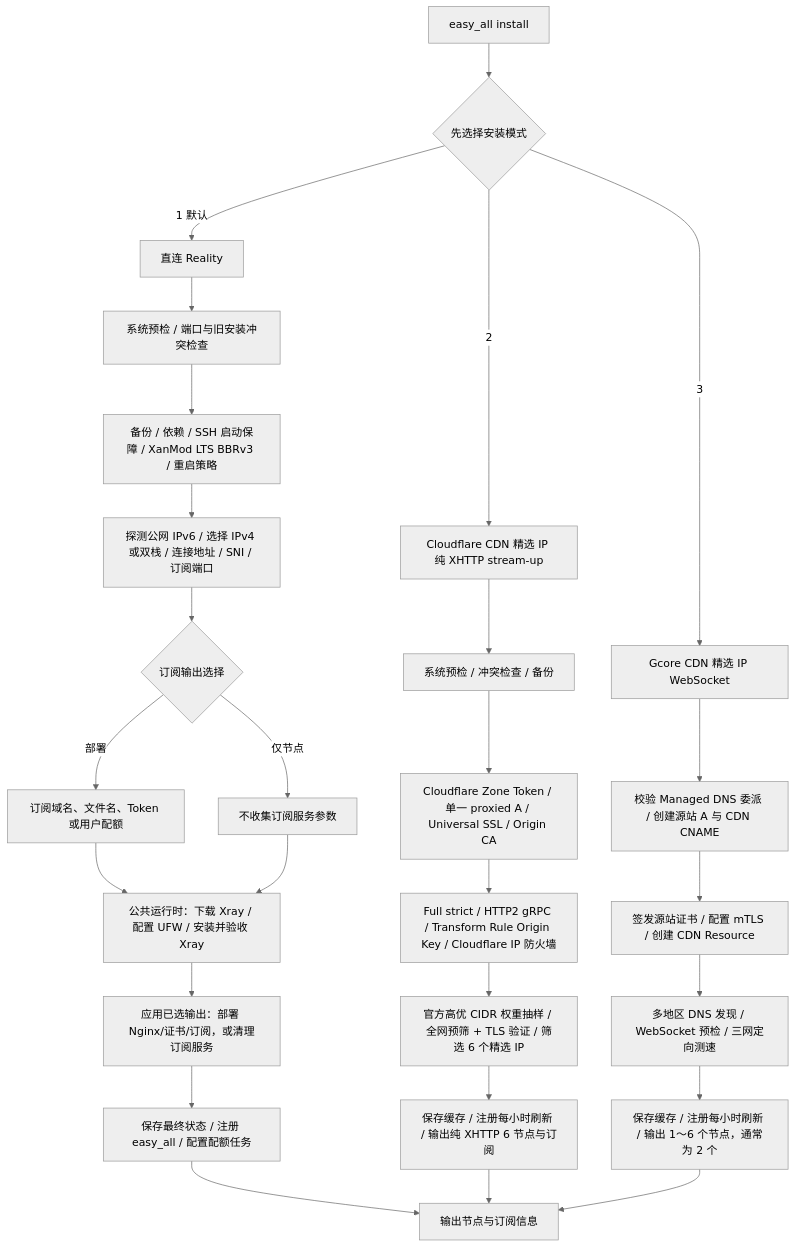
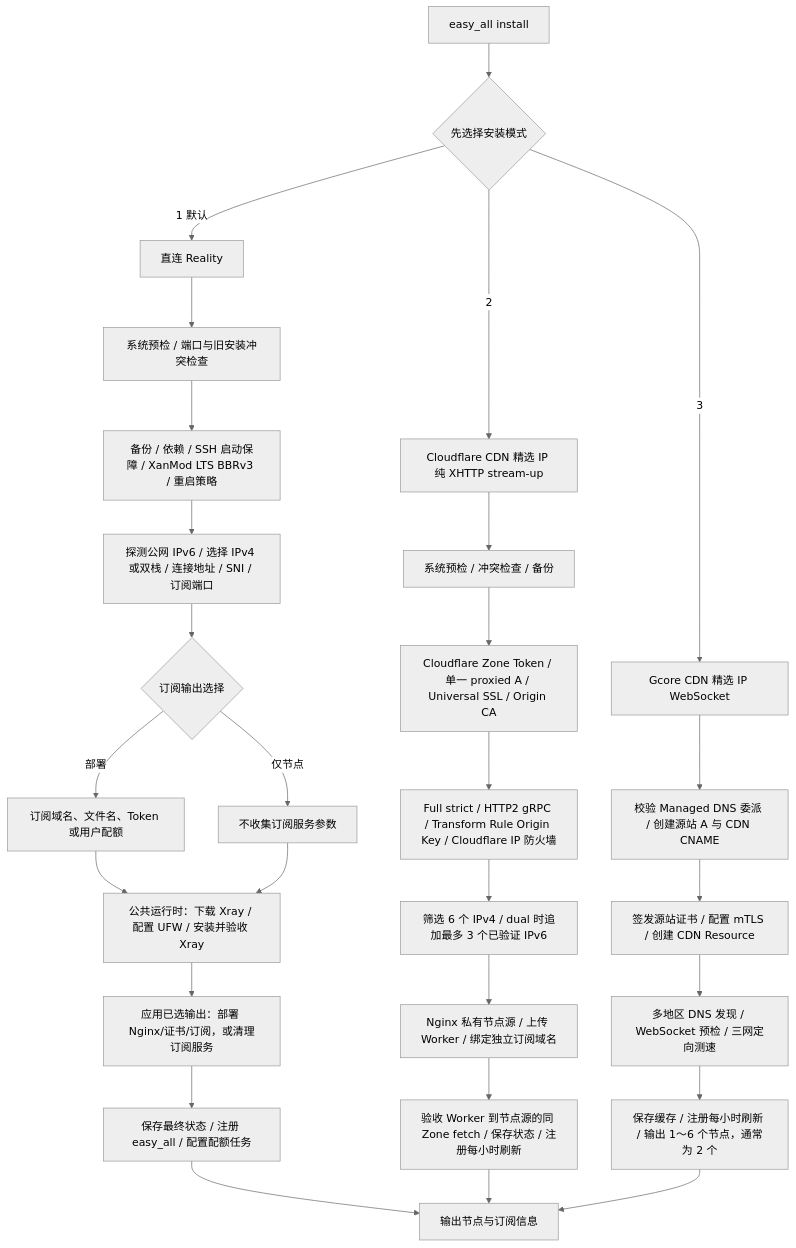
Before and after one commit to v2yiz/easy_all: the diagram in README.md, drawn with Mermaid (neutral theme). The commit also changed other lines of this file and 26 other files, not shown here.

````diff
--- a/README.md
+++ b/README.md
@@ -251,32 +257,33 @@
 ```mermaid
 flowchart TD
     A[easy_all install] --> B{先选择安装模式}
 
     B -->|1 默认| R0[直连 Reality]
     R0 --> R1[系统预检 / 端口与旧安装冲突检查]
     R1 --> R2[备份 / 依赖 / SSH 启动保障 / XanMod LTS BBRv3 / 重启策略]
     R2 --> R3[探测公网 IPv6 / 选择 IPv4 或双栈 / 连接地址 / SNI / 订阅端口]
     R3 --> R4{订阅输出选择}
     R4 -->|部署| R5[订阅域名、文件名、Token 或用户配额]
     R4 -->|仅节点| R6[不收集订阅服务参数]
     R5 --> R7[公共运行时：下载 Xray / 配置 UFW / 安装并验收 Xray]
     R6 --> R7
     R7 --> R8[应用已选输出：部署 Nginx/证书/订阅，或清理订阅服务]
     R8 --> R9[保存最终状态 / 注册 easy_all / 配置配额任务]
     R9 --> Z[输出节点与订阅信息]
 
     B -->|2| C0[Cloudflare CDN 精选 IP 纯 XHTTP stream-up]
     C0 --> C1[系统预检 / 冲突检查 / 备份]
     C1 --> C2[Cloudflare Zone Token / 单一 proxied A / Universal SSL / Origin CA]
     C2 --> C3[Full strict / HTTP2 gRPC / Transform Rule Origin Key / Cloudflare IP 防火墙]
-    C3 --> C4[官方高优 CIDR 权重抽样 / 全网预筛 + TLS 验证 / 筛选 6 个精选 IP]
-    C4 --> C5[保存缓存 / 注册每小时刷新 / 输出纯 XHTTP 6 节点与订阅]
-    C5 --> Z
+    C3 --> C4[筛选 6 个 IPv4 / dual 时追加最多 3 个已验证 IPv6]
+    C4 --> C5[Nginx 私有节点源 / 上传 Worker / 绑定独立订阅域名]
+    C5 --> C6[验收 Worker 到节点源的同 Zone fetch / 保存状态 / 注册每小时刷新]
+    C6 --> Z
 
     B -->|3| G0[Gcore CDN 精选 IP WebSocket]
     G0 --> G1[校验 Managed DNS 委派 / 创建源站 A 与 CDN CNAME]
     G1 --> G2[签发源站证书 / 配置 mTLS / 创建 CDN Resource]
     G2 --> G3[多地区 DNS 发现 / WebSocket 预检 / 三网定向测速]
     G3 --> G4[保存缓存 / 注册每小时刷新 / 输出 1～6 个节点，通常为 2 个]
     G4 --> Z
 ```
````
